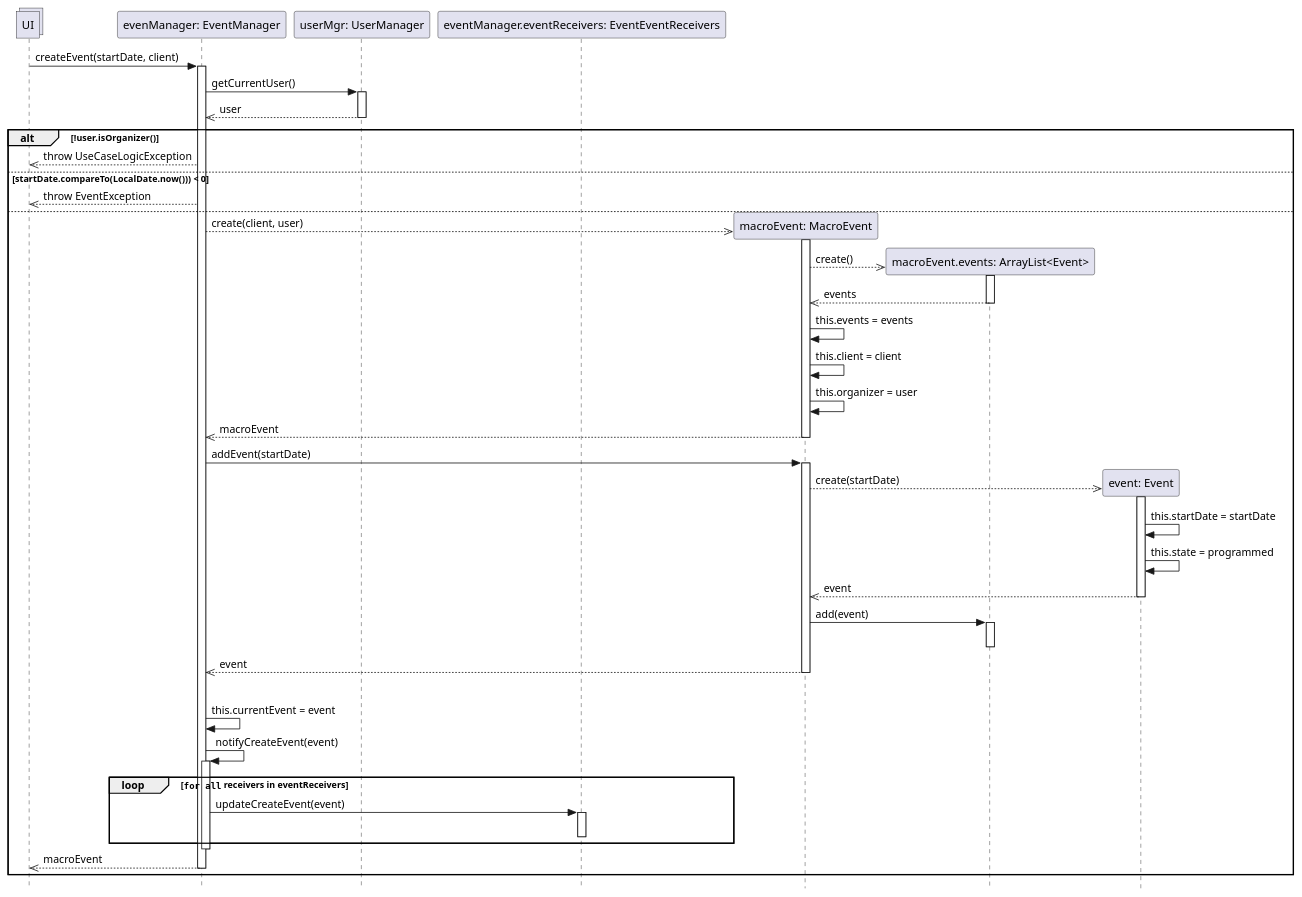
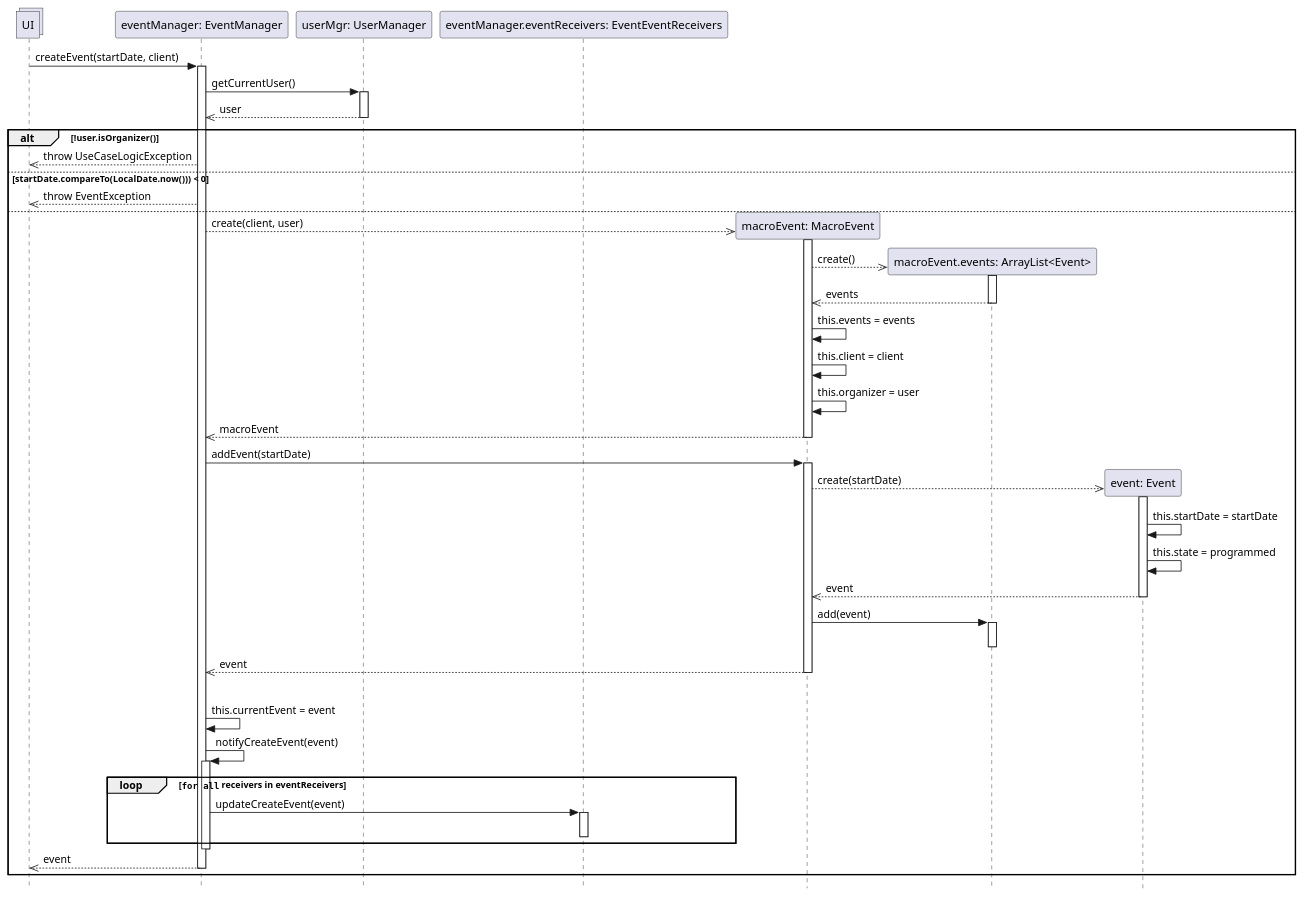
Before and after one commit to stefa168/sas-project: the diagram in UP/Progettazione/UC Gestire Eventi/DSD/DSD Operazione 1.puml, drawn with PlantUML. The commit also changed 4 other files, not shown here.

```diff
--- a/UP/Progettazione/UC Gestire Eventi/DSD/DSD Operazione 1.puml
+++ b/UP/Progettazione/UC Gestire Eventi/DSD/DSD Operazione 1.puml
@@ -1,63 +1,63 @@
 @startuml
 skinparam Style strictuml
 
 collections UI
-participant "evenManager: EventManager" as em
+participant "eventManager: EventManager" as em
 participant "userMgr: UserManager" as um
 participant "eventManager.eventReceivers: EventEventReceivers" as eer
 
 UI -> em: createEvent(startDate, client)
 activate em
     em -> um: getCurrentUser()
     activate um
         em <<-- um: user
     deactivate um
 
     alt !user.isOrganizer()
         UI <<-- em: throw UseCaseLogicException
     else startDate.compareTo(LocalDate.now())) < 0
         UI <<-- em: throw EventException
     else
         participant "macroEvent: MacroEvent" as maev
         em -->> maev **: create(client, user)
         activate maev
             participant "macroEvent.events: ArrayList<Event>" as events
             maev -->> events**:create()
             activate events
                 maev <<-- events: events
             deactivate events
             maev -> maev: this.events = events
             maev -> maev: this.client = client
             maev -> maev: this.organizer = user
             em <<-- maev: macroEvent
         deactivate maev
 
         em -> maev: addEvent(startDate)
         activate maev
             participant "event: Event" as ev
             maev -->> ev **: create(startDate)
             activate ev
                 ev -> ev: this.startDate = startDate
                 ev -> ev: this.state = programmed
                 maev <<-- ev: event
             deactivate ev
             maev -> events: add(event)
             activate events
             deactivate events
             em <<-- maev: event
         deactivate maev
         |||
         em -> em: this.currentEvent = event
         em -> em: notifyCreateEvent(event)
         activate em
             loop ""for all"" receivers in eventReceivers
                 em -> eer: updateCreateEvent(event)
                 activate eer
                 deactivate eer
             end
         deactivate em
-        UI <<--em: macroEvent
+        UI <<--em: event
         deactivate em
     end
 
 @enduml
```
